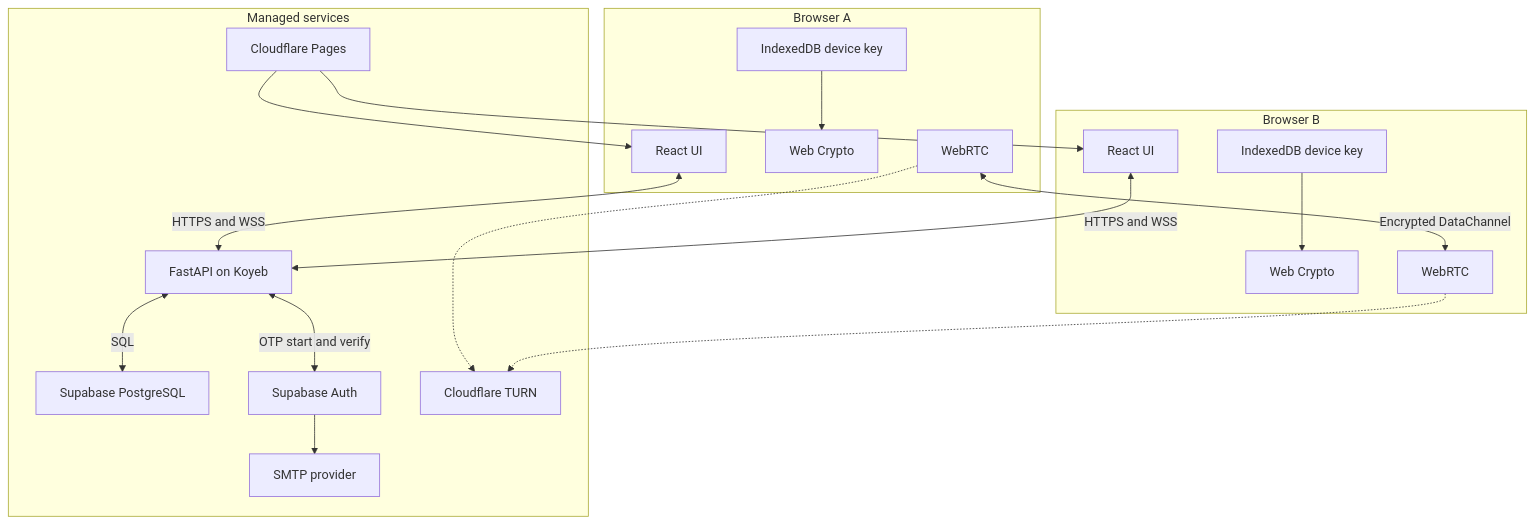
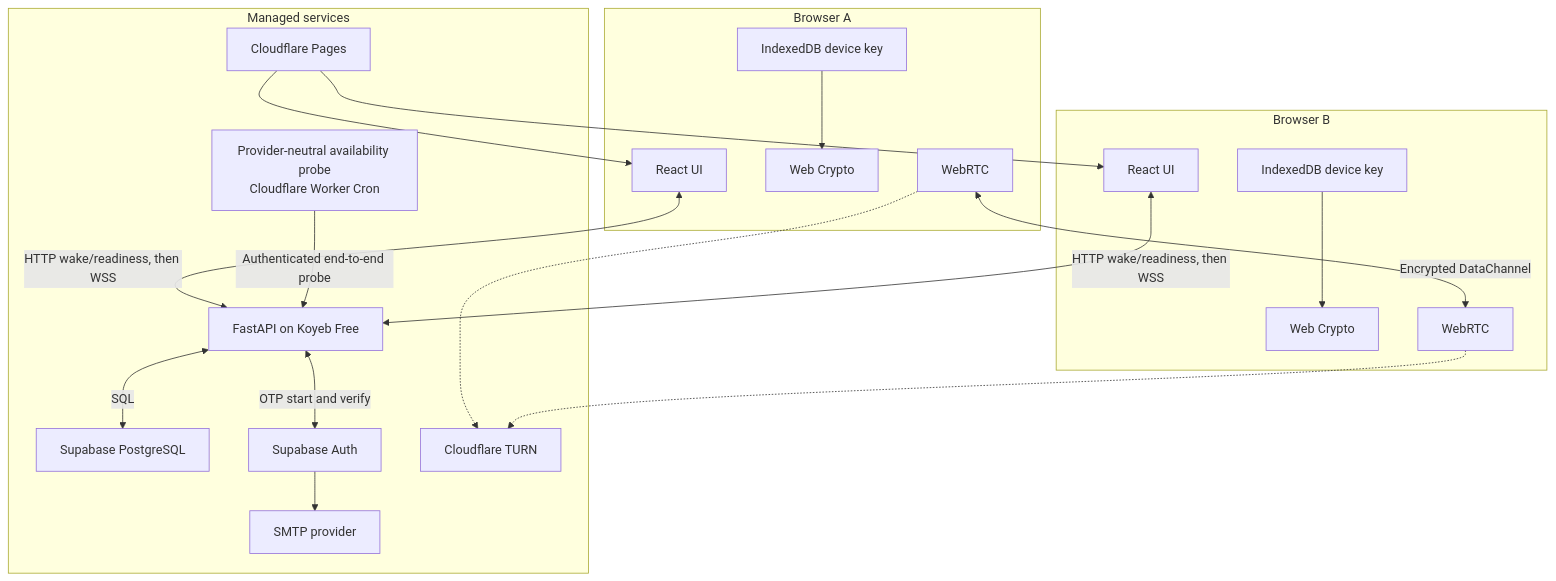
The first of 2 diagrams in docs/architecture.md (Vay134/SelfRelay), drawn with Mermaid before and after one commit. The commit also changed other lines of this file and 5 other files, not shown here.

Commit message:
docs(hosting): plan Koyeb Free deployment

````diff
--- a/docs/architecture.md
+++ b/docs/architecture.md
@@ -7,38 +7,40 @@
 ```mermaid
 flowchart TB
     subgraph Browser A
         UIA[React UI]
         KA[IndexedDB device key]
         CA[Web Crypto]
         WA[WebRTC]
     end
 
     subgraph Browser B
         UIB[React UI]
         KB[IndexedDB device key]
         CB[Web Crypto]
         WB[WebRTC]
     end
 
     subgraph Managed services
         CF[Cloudflare Pages]
-        API[FastAPI on Koyeb]
+        API[FastAPI on Koyeb Free]
         PG[Supabase PostgreSQL]
         AUTH[Supabase Auth]
         TURN[Cloudflare TURN]
         SMTP[SMTP provider]
+        OP[Provider-neutral availability probe<br/>Cloudflare Worker Cron]
     end
 
     CF --> UIA
     CF --> UIB
-    UIA <-->|HTTPS and WSS| API
-    UIB <-->|HTTPS and WSS| API
+    UIA <-->|HTTP wake/readiness, then WSS| API
+    UIB <-->|HTTP wake/readiness, then WSS| API
+    OP -->|Authenticated end-to-end probe| API
     API <-->|SQL| PG
     API <-->|OTP start and verify| AUTH
     AUTH --> SMTP
     WA <-->|Encrypted DataChannel| WB
     WA -.-> TURN
     WB -.-> TURN
     KA --> CA
     KB --> CB
 ```
````
